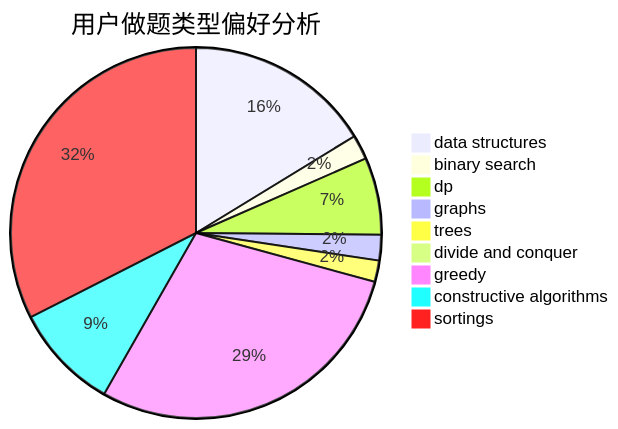
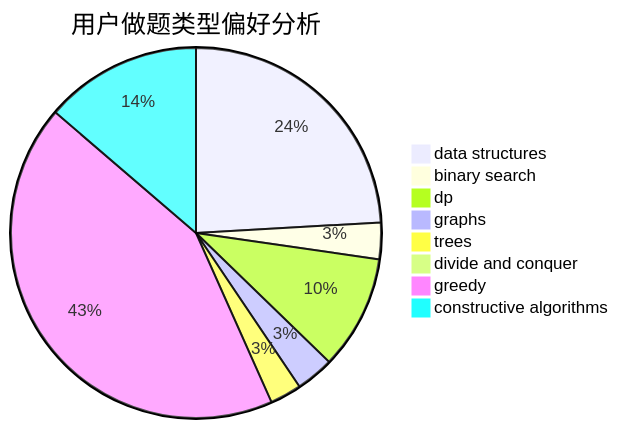
The second of 3 diagrams in docs/user/u209.md (sherpahu/cfrs.github.io), drawn with Mermaid before and after one commit. The commit also changed other lines of this file and 2769 other files, not shown here.

````diff
--- a/docs/user/u209.md
+++ b/docs/user/u209.md
@@ -18,12 +18,11 @@
 ```mermaid
 pie title 用户做题类型偏好分析
     "data structures" :  341
     "binary search" :  45
     "dp" :  141
     "graphs" :  47
     "trees" :  39
     "divide and conquer" :  0
     "greedy" :  608
     "constructive algorithms" :  194
-    "sortings" :  681
 ```
````
